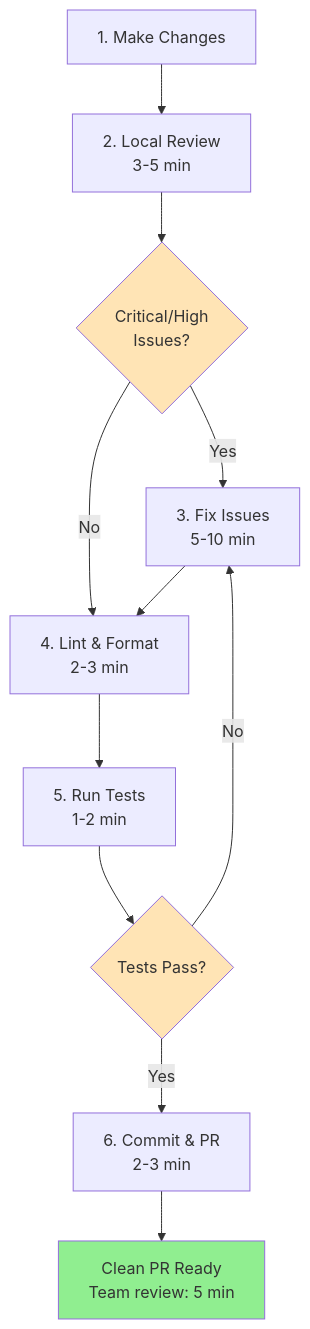
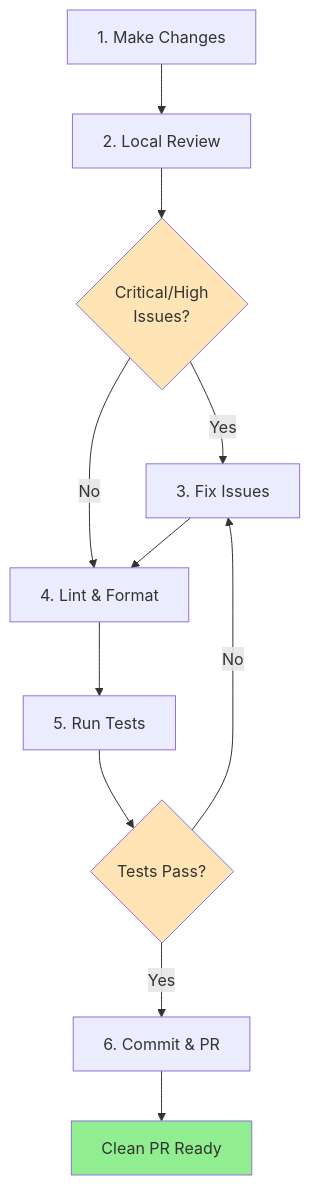
Before and after one commit to thomasholknielsen/claude-code-config: the first of 8 diagrams in docs/typical-workflows.md, drawn with Mermaid. The commit also changed other lines of this file and 130 other files, not shown here.

````diff
--- a/docs/typical-workflows.md
+++ b/docs/typical-workflows.md
@@ -66,17 +54,17 @@
 ```mermaid
 graph TD
-    A[1. Make Changes] --> B[2. Local Review<br/>3-5 min]
+    A[1. Make Changes] --> B[2. Local Review]
     B --> C{Critical/High<br/>Issues?}
-    C -->|Yes| D[3. Fix Issues<br/>5-10 min]
-    C -->|No| E[4. Lint & Format<br/>2-3 min]
+    C -->|Yes| D[3. Fix Issues]
+    C -->|No| E[4. Lint & Format]
     D --> E
-    E --> F[5. Run Tests<br/>1-2 min]
+    E --> F[5. Run Tests]
     F --> G{Tests Pass?}
     G -->|No| D
-    G -->|Yes| H[6. Commit & PR<br/>2-3 min]
-    H --> I[Clean PR Ready<br/>Team review: 5 min]
+    G -->|Yes| H[6. Commit & PR]
+    H --> I[Clean PR Ready]
 
     style I fill:#90EE90
     style C fill:#FFE4B5
     style G fill:#FFE4B5
 ```
````
